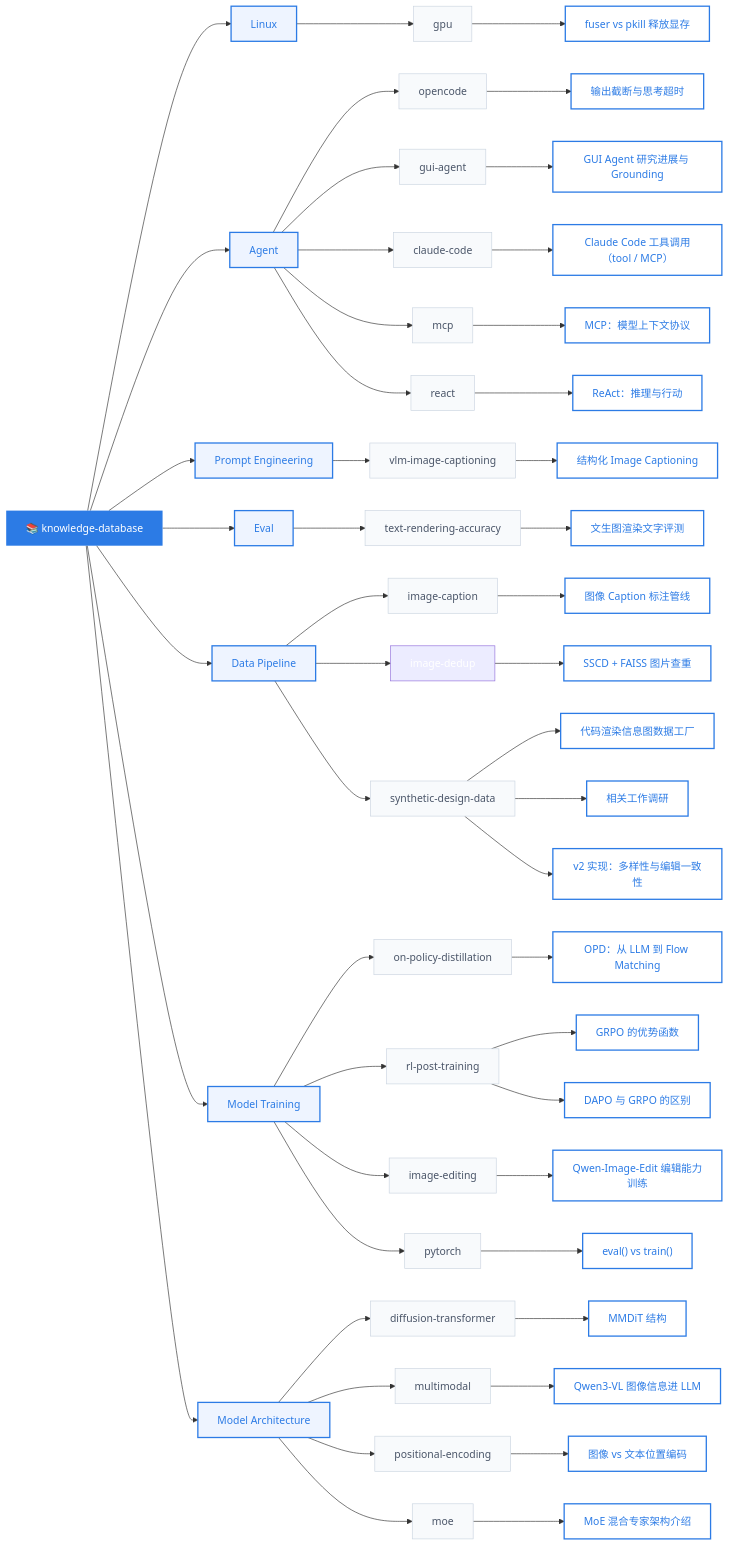
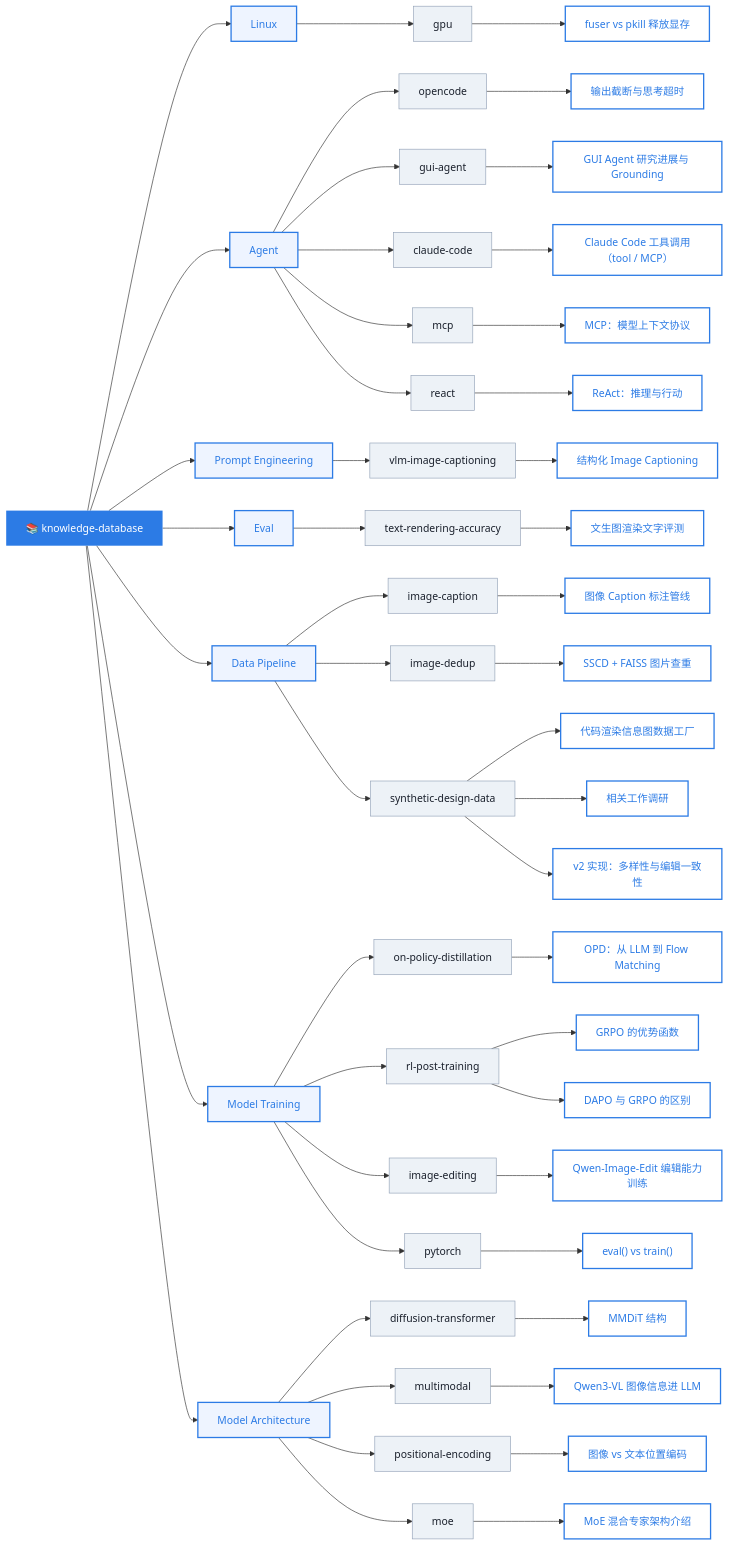
One commit to caseclose/knowledge-database changed the diagram in README.md. Above: the diagram before and after it, drawn with Mermaid. The commit also changed 1 other file, not shown here.

Commit message:
fix: 浅色模式下总览图中间层节点文字加深
sub 节点原先浅灰字配浅底，image-dedup 还漏了 class。
改为深色文字并补上 DP2。

```diff
--- a/README.md
+++ b/README.md
@@ -71,12 +71,12 @@
 
     classDef root fill:#2c7be5,color:#fff,stroke:none
     classDef category fill:#eef4ff,color:#2c7be5,stroke:#2c7be5,stroke-width:2px
-    classDef sub fill:#f8fafc,color:#4a5568,stroke:#cbd5e0,stroke-width:1px
+    classDef sub fill:#edf2f7,color:#1a202c,stroke:#94a3b8,stroke-width:1px
     classDef knowledge fill:#fff,color:#2c7be5,stroke:#2c7be5,stroke-width:2px
 
     class KB root
     class Linux,Agent,PE,Eval,DP,MT,MA category
-    class GPU,OC,GUI,CC,MCP,RA,PE1,EV1,DP1,DP3,OPD,RLPT,IE,PT,DT,MM,PEnc,MoE sub
+    class GPU,OC,GUI,CC,MCP,RA,PE1,EV1,DP1,DP2,DP3,OPD,RLPT,IE,PT,DT,MM,PEnc,MoE sub
     class K1,K2,K3,K4,K5,K6,K7,K8,K9,K10,K11,K12,K13,K14,K15,K16,K17,K18,K19,K20,K21,K22 knowledge
 
     click K1 href "#/linux/gpu/fuser-vs-pkill-release-gpu-memory"
```
